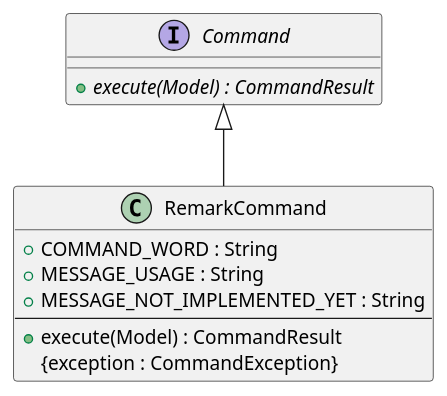
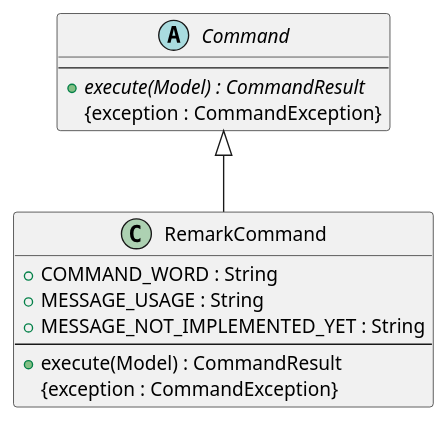
The diagram in docs/tutorials/uml/CommandInterface.puml (damithc/addressbook-level3), drawn with PlantUML before and after one commit. The commit also changed 4 other files, not shown here.

```diff
--- a/docs/tutorials/uml/CommandInterface.puml
+++ b/docs/tutorials/uml/CommandInterface.puml
@@ -1,18 +1,20 @@
 @startuml
 
-Interface Command {
+Abstract Class Command {
+---
 + {abstract} execute(Model) : CommandResult
+{exception : CommandException}
 }
 
 Class RemarkCommand {
 + COMMAND_WORD : String
 + MESSAGE_USAGE : String
 + MESSAGE_NOT_IMPLEMENTED_YET : String
 ---
 + execute(Model) : CommandResult
 {exception : CommandException}
 }
 
 RemarkCommand -up-|> Command
 
 @enduml
```
